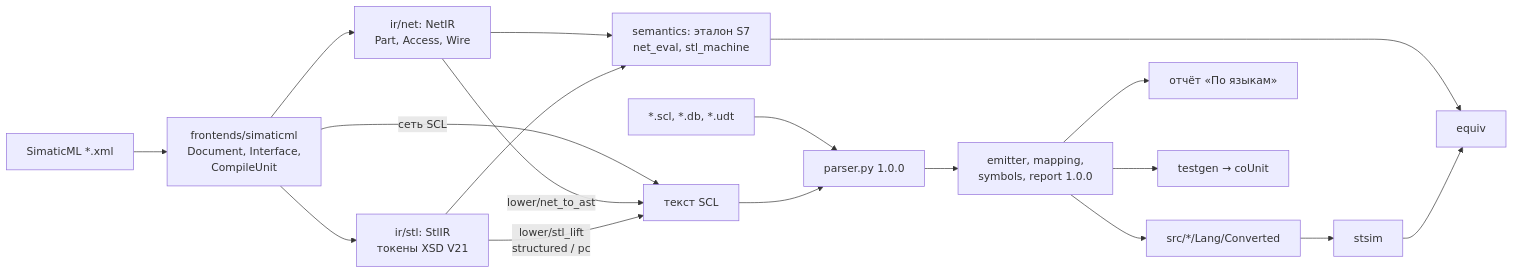
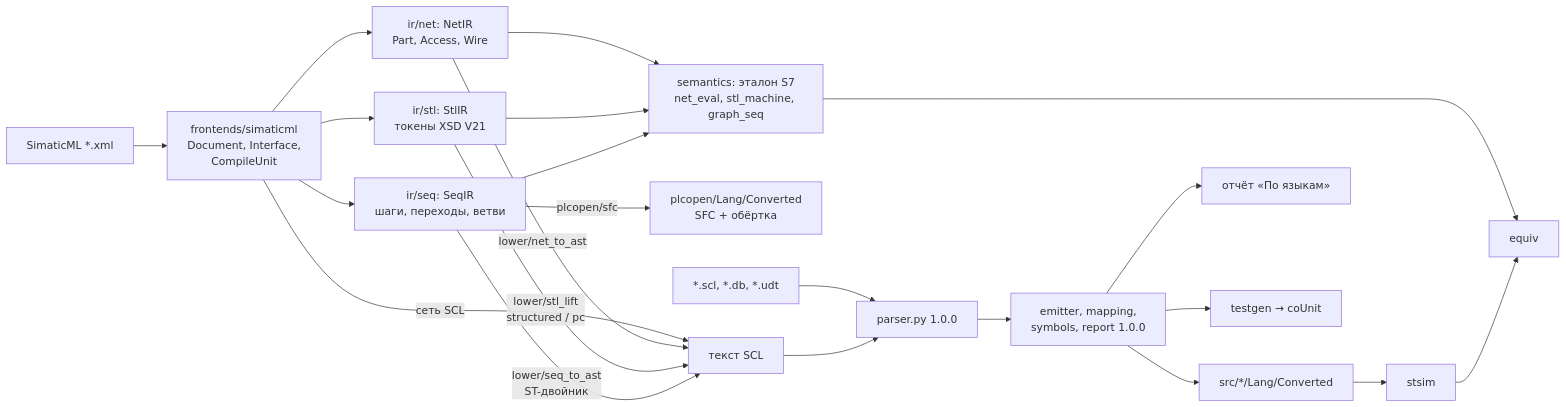
One commit to kr0nsch/s7-to-codesys changed the second of 2 diagrams in docs/ARCHITECTURE.md. Above: the diagram before and after it, drawn with Mermaid. The commit also changed other lines of this file and 22 other files, not shown here.

First line of the commit message:
docs: выпуск 1.2.0 — S7-GRAPH (ST-двойник и SFC), таймеры S5, проверки

````diff
--- a/docs/ARCHITECTURE.md
+++ b/docs/ARCHITECTURE.md
@@ -99,15 +100,18 @@
 ```mermaid
 flowchart LR
     X["SimaticML *.xml"] --> FX["frontends/simaticml<br/>Document, Interface,<br/>CompileUnit"]
     FX --> N["ir/net: NetIR<br/>Part, Access, Wire"]
     FX --> T["ir/stl: StlIR<br/>токены XSD V21"]
+    FX --> G["ir/seq: SeqIR<br/>шаги, переходы, ветви"]
     FX -->|сеть SCL| SCLT["текст SCL"]
     N -->|lower/net_to_ast| SCLT
     T -->|lower/stl_lift<br/>structured / pc| SCLT
+    G -->|lower/seq_to_ast<br/>ST-двойник| SCLT
+    G -->|plcopen/sfc| PO["plcopen/Lang/Converted<br/>SFC + обёртка"]
     S["*.scl, *.db, *.udt"] --> P["parser.py 1.0.0"]
     SCLT --> P
     P --> E["emitter, mapping,<br/>symbols, report 1.0.0"]
     E --> ST["src/*/Lang/Converted"] & R["отчёт «По языкам»"] & TG["testgen → coUnit"]
-    N & T --> SEM["semantics: эталон S7<br/>net_eval, stl_machine"] --> EQ["equiv"]
+    N & T & G --> SEM["semantics: эталон S7<br/>net_eval, stl_machine, graph_seq"] --> EQ["equiv"]
     ST --> SIM["stsim"] --> EQ
 ```
````
